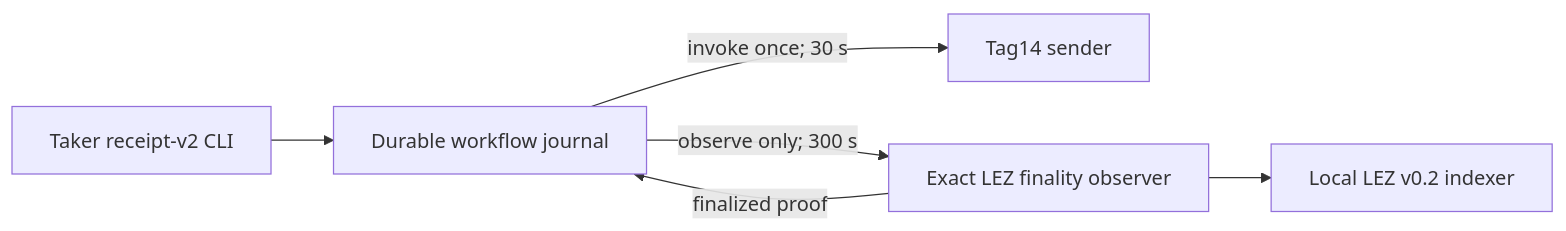
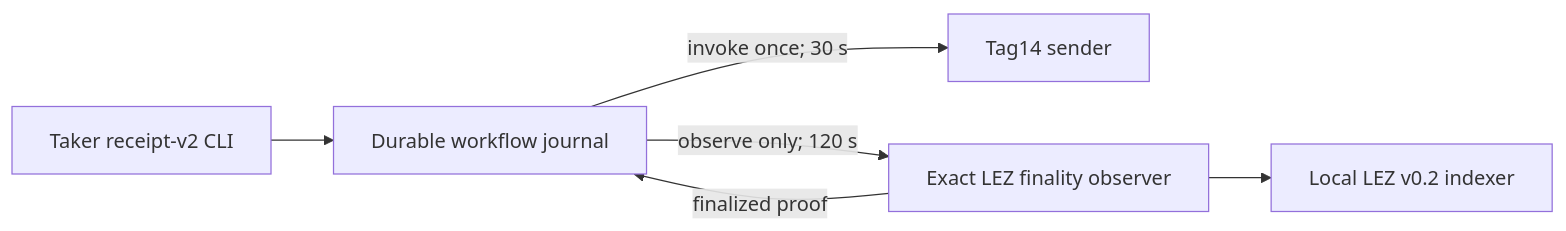
The first of 2 diagrams in docs/architecture/0205-bound-exact-xmr-finality-observation-separately.md (gateway-fm/lez-atomic-swaps), drawn with Mermaid before and after one commit. The commit also changed other lines of this file and 12 other files, not shown here.

````diff
--- a/docs/architecture/0205-bound-exact-xmr-finality-observation-separately.md
+++ b/docs/architecture/0205-bound-exact-xmr-finality-observation-separately.md
@@ -29,8 +34,8 @@
 ```mermaid
 flowchart LR
     CLI[Taker receipt-v2 CLI] --> J[Durable workflow journal]
     J -->|invoke once; 30 s| S[Tag14 sender]
-    J -->|observe only; 300 s| O[Exact LEZ finality observer]
+    J -->|observe only; 120 s| O[Exact LEZ finality observer]
     O --> I[Local LEZ v0.2 indexer]
     O -->|finalized proof| J
 ```
````
